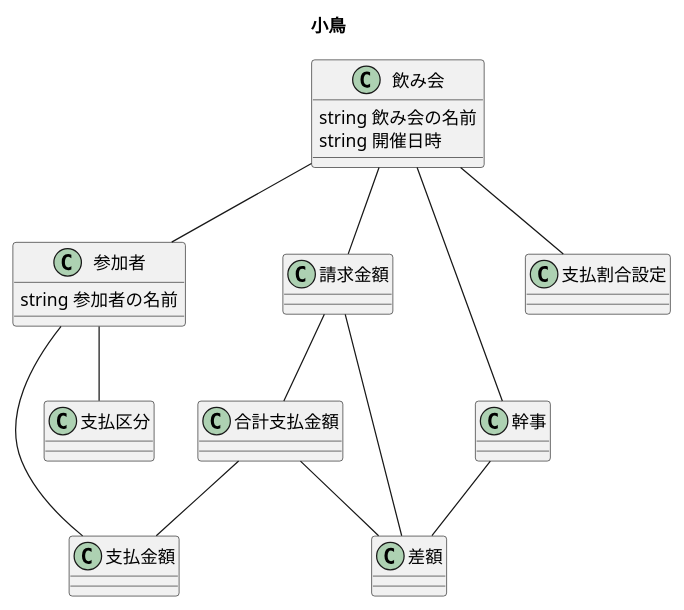
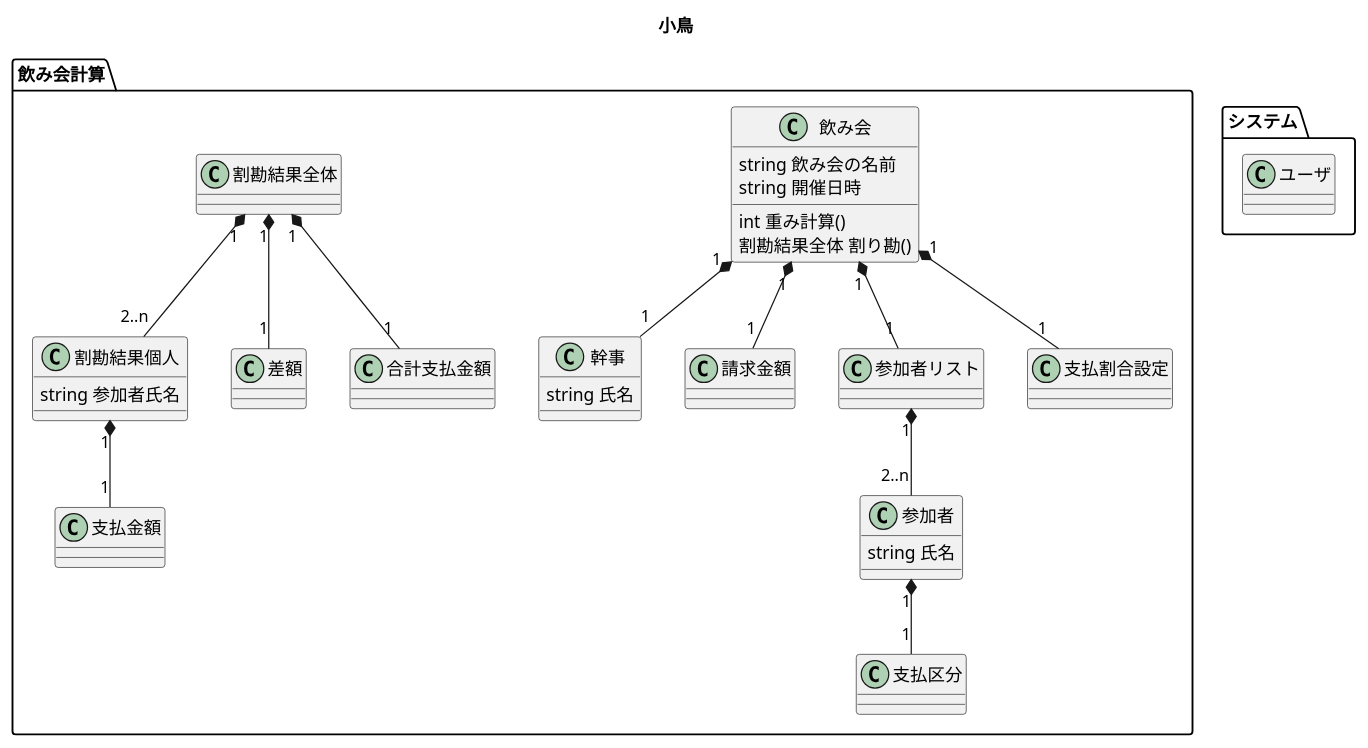
One commit to KanameMotoyama/warikan-domain-java changed the third of 7 diagrams in README.md. Above: the diagram before and after it, drawn with PlantUML. The commit also changed other lines of this file and 3 other files, not shown here.

````diff
--- a/README.md
+++ b/README.md
@@ -166,30 +160,47 @@
 ```plantuml
 title:小鳥
+package "飲み会計算" {
+
 class 飲み会 {
     string 飲み会の名前
     string 開催日時
+    int 重み計算()
+    割勘結果全体 割り勘()
 }
 class 参加者 {
-    string 参加者の名前
+    string 氏名
 }
 class 支払区分 {
 }
-class 合計支払金額
-class 幹事
+class 幹事{
+    string 氏名
+}
 class 請求金額
+class 割勘結果全体{
+}
+class 割勘結果個人{
+    string 参加者氏名
+}
 class 支払金額
 class 差額
+class 合計支払金額
+class 参加者リスト{
+}
 
-飲み会 -- 参加者
-参加者 -- 支払区分
-飲み会 -- 幹事
-飲み会 -- 支払割合設定
-飲み会 -- 請求金額
-請求金額 -- 合計支払金額
-合計支払金額 -- 支払金額
-参加者 -- 支払金額
-合計支払金額 -- 差額
-請求金額 -- 差額
-幹事 --差額
+飲み会 "1" *--"1" 参加者リスト
+参加者リスト "1" *--"2..n" 参加者
+参加者 "1"*--"1" 支払区分
+飲み会 "1"*--"1" 幹事
+飲み会 "1"*--"1" 支払割合設定
+飲み会 "1"*--"1" 請求金額
+割勘結果全体 "1"*--"2..n" 割勘結果個人
+割勘結果全体 "1"*--"1" 合計支払金額
+割勘結果全体 "1"*--"1" 差額
+割勘結果個人 "1"*--"1" 支払金額
+}
+
+package "システム" {
+    class ユーザ
+}
 
 ```
````
